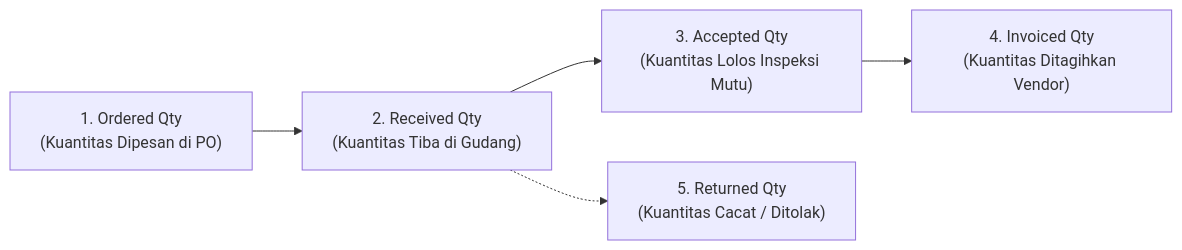
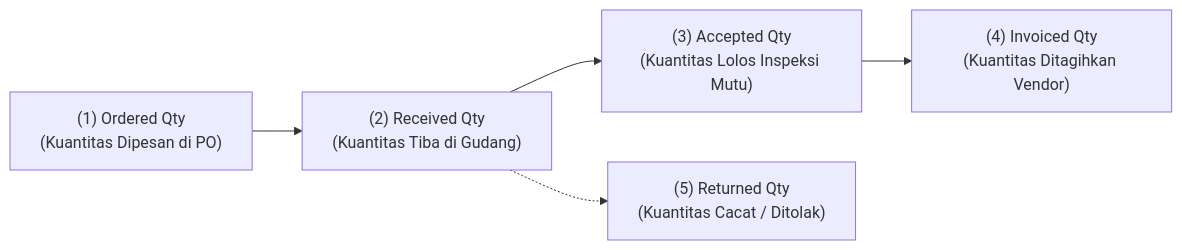
Before and after one commit to alimurrofid/erp-notes: the first of 2 diagrams in content/04-purchasing/goods-receipt-and-service-receipt.md, drawn with Mermaid. The commit also changed other lines of this file and 132 other files, not shown here.

````diff
--- a/content/04-purchasing/goods-receipt-and-service-receipt.md
+++ b/content/04-purchasing/goods-receipt-and-service-receipt.md
@@ -32,9 +32,9 @@
 ```mermaid
 flowchart LR
-    O["1. Ordered Qty<br/>(Kuantitas Dipesan di PO)"]
-    --> R["2. Received Qty<br/>(Kuantitas Tiba di Gudang)"]
-    --> A["3. Accepted Qty<br/>(Kuantitas Lolos Inspeksi Mutu)"]
-    --> I["4. Invoiced Qty<br/>(Kuantitas Ditagihkan Vendor)"]
+    O["(1) Ordered Qty<br/>(Kuantitas Dipesan di PO)"]
+    --> R["(2) Received Qty<br/>(Kuantitas Tiba di Gudang)"]
+    --> A["(3) Accepted Qty<br/>(Kuantitas Lolos Inspeksi Mutu)"]
+    --> I["(4) Invoiced Qty<br/>(Kuantitas Ditagihkan Vendor)"]
     
-    R -.-> Ret["5. Returned Qty<br/>(Kuantitas Cacat / Ditolak)"]
+    R -.-> Ret["(5) Returned Qty<br/>(Kuantitas Cacat / Ditolak)"]
 ```
````
